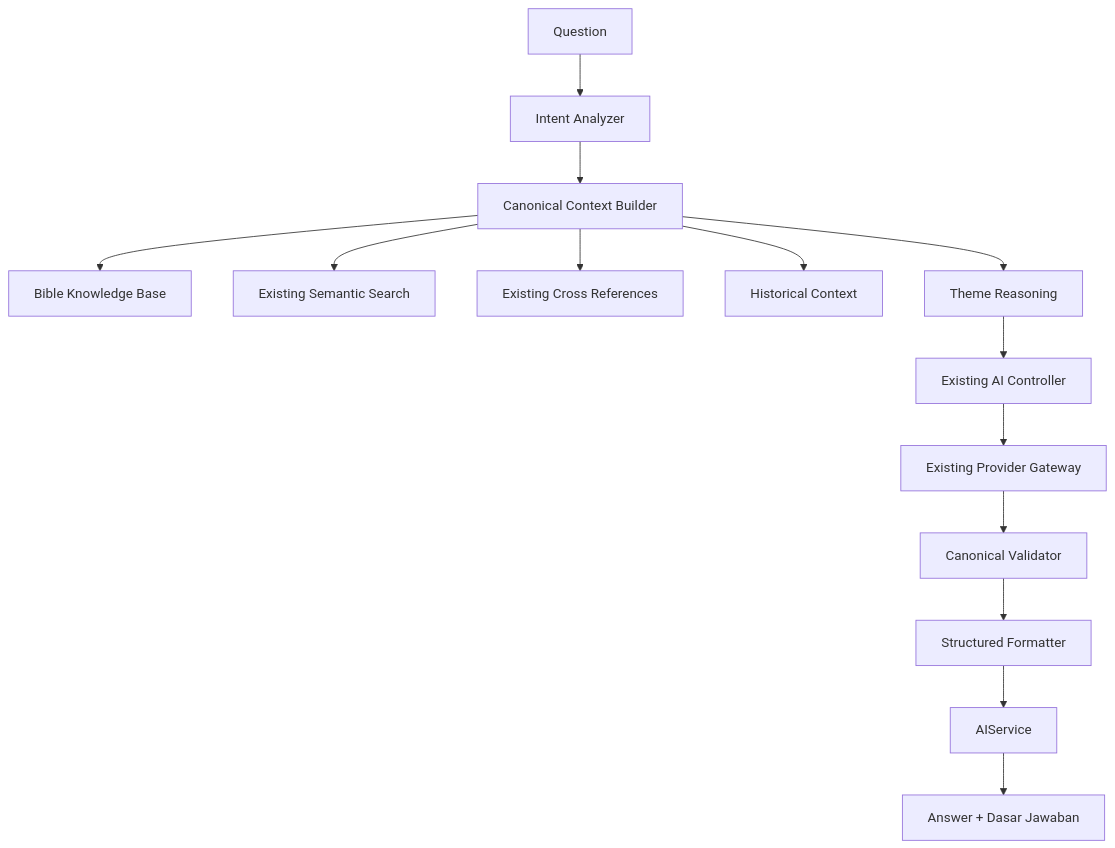
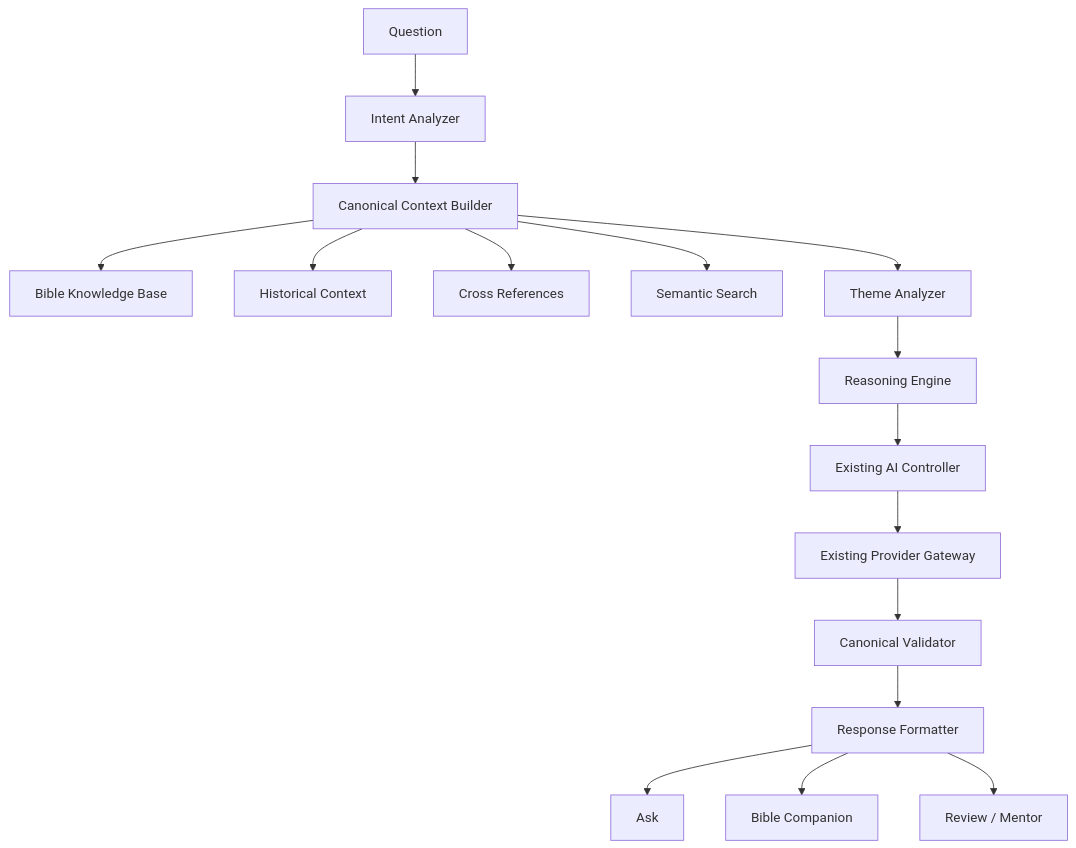
Before and after one commit to oppobudy5-ctrl/Proverbs-Edition: the diagram in docs/ai/BIBLICAL_REASONING_ENGINE.md, drawn with Mermaid. The commit also changed other lines of this file and 11 other files, not shown here.

Commit message:
Phase 006 — Biblical Reasoning Engine

````diff
--- a/docs/ai/BIBLICAL_REASONING_ENGINE.md
+++ b/docs/ai/BIBLICAL_REASONING_ENGINE.md
@@ -25,16 +20,18 @@
 ```mermaid
 flowchart TD
   Question --> Intent[Intent Analyzer]
   Intent --> Context[Canonical Context Builder]
   Context --> BKB[Bible Knowledge Base]
-  Context --> Semantic[Existing Semantic Search]
-  Context --> CrossRefs[Existing Cross References]
   Context --> History[Historical Context]
-  Context --> Themes[Theme Reasoning]
-  Themes --> Controller[Existing AI Controller]
+  Context --> CrossRefs[Cross References]
+  Context --> Semantic[Semantic Search]
+  Context --> Themes[Theme Analyzer]
+  Themes --> Reasoning[Reasoning Engine]
+  Reasoning --> Controller[Existing AI Controller]
   Controller --> Gateway[Existing Provider Gateway]
   Gateway --> Validator[Canonical Validator]
-  Validator --> Formatter[Structured Formatter]
-  Formatter --> AIService
-  AIService --> UI[Answer + Dasar Jawaban]
+  Validator --> Formatter[Response Formatter]
+  Formatter --> Ask[Ask]
+  Formatter --> Companion[Bible Companion]
+  Formatter --> Review[Review / Mentor]
 ```
````
